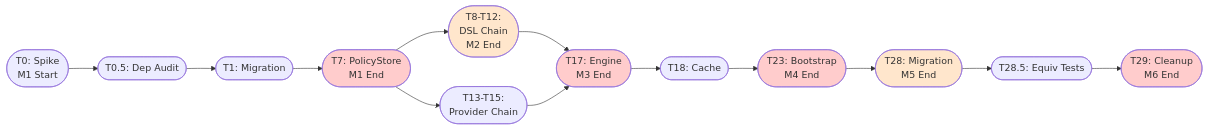
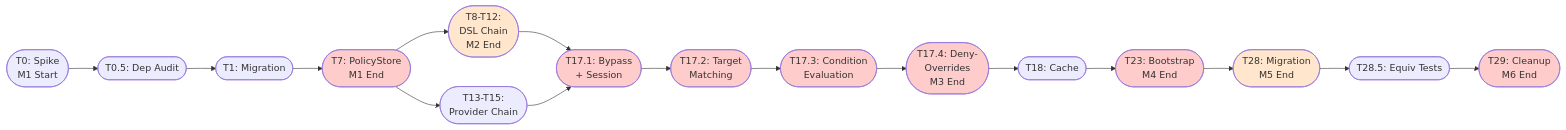
One commit to holomush/holomush changed the first of 2 diagrams in docs/plans/2026-02-06-full-abac-implementation.md. Above: the diagram before and after it, drawn with Mermaid. The commit also changed other lines of this file and 13 other files, not shown here.

````diff
--- a/docs/plans/2026-02-06-full-abac-implementation.md
+++ b/docs/plans/2026-02-06-full-abac-implementation.md
@@ -105,25 +105,31 @@
 ```mermaid
 graph LR
     T0([T0: Spike<br/>M1 Start]) --> T0_5([T0.5: Dep Audit])
     T0_5 --> T1([T1: Migration])
     T1 --> T7([T7: PolicyStore<br/>M1 End])
 
     T7 --> T8_12([T8-T12:<br/>DSL Chain<br/>M2 End])
     T7 --> T13_15([T13-T15:<br/>Provider Chain])
 
-    T8_12 --> T17([T17: Engine<br/>M3 End])
-    T13_15 --> T17
+    T8_12 --> T17_1([T17.1: Bypass<br/>+ Session])
+    T13_15 --> T17_1
+    T17_1 --> T17_2([T17.2: Target<br/>Matching])
+    T17_2 --> T17_3([T17.3: Condition<br/>Evaluation])
+    T17_3 --> T17_4([T17.4: Deny-<br/>Overrides<br/>M3 End])
 
-    T17 --> T18([T18: Cache])
+    T17_4 --> T18([T18: Cache])
     T18 --> T23([T23: Bootstrap<br/>M4 End])
     T23 --> T28([T28: Migration<br/>M5 End])
     T28 --> T28_5([T28.5: Equiv Tests])
     T28_5 --> T29([T29: Cleanup<br/>M6 End])
 
     style T7 fill:#ffcccc
     style T8_12 fill:#ffe6cc
-    style T17 fill:#ffcccc
+    style T17_1 fill:#ffcccc
+    style T17_2 fill:#ffcccc
+    style T17_3 fill:#ffcccc
+    style T17_4 fill:#ffcccc
     style T23 fill:#ffcccc
     style T28 fill:#ffe6cc
     style T29 fill:#ffcccc
 ```
````
